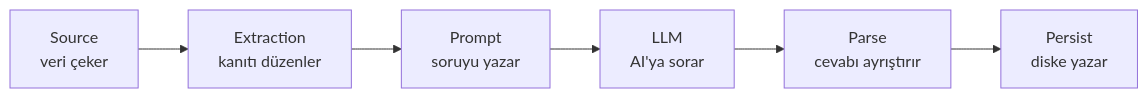
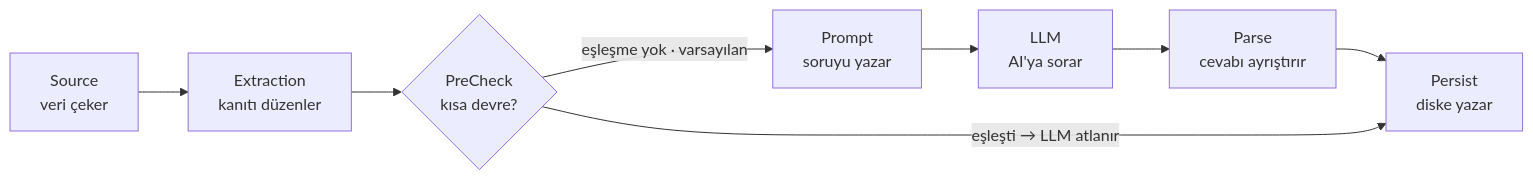
Before and after one commit to serdarxkulaksiz-netizen/analiz: the third of 4 diagrams in docs/akis-semasi.md, drawn with Mermaid. The commit also changed other lines of this file and 6 other files, not shown here.

````diff
--- a/docs/akis-semasi.md
+++ b/docs/akis-semasi.md
@@ -47,8 +55,10 @@
 ```mermaid
 flowchart LR
     S["Source<br/>veri çeker"] --> X["Extraction<br/>kanıtı düzenler"]
-    X --> P["Prompt<br/>soruyu yazar"]
+    X --> C{"PreCheck<br/>kısa devre?"}
+    C -->|"eşleşme yok · varsayılan"| P["Prompt<br/>soruyu yazar"]
     P --> L["LLM<br/>AI'ya sorar"]
     L --> PA["Parse<br/>cevabı ayrıştırır"]
     PA --> PE["Persist<br/>diske yazar"]
+    C -->|"eşleşti → LLM atlanır"| PE
 ```
````
